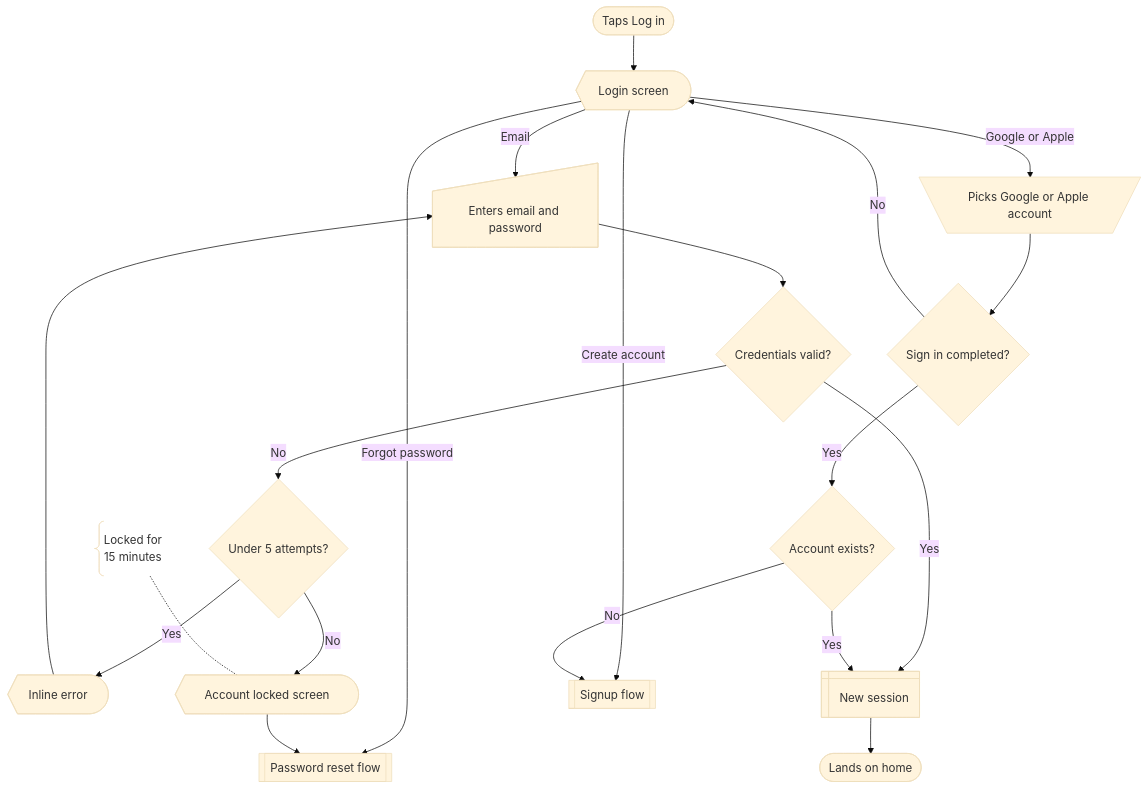
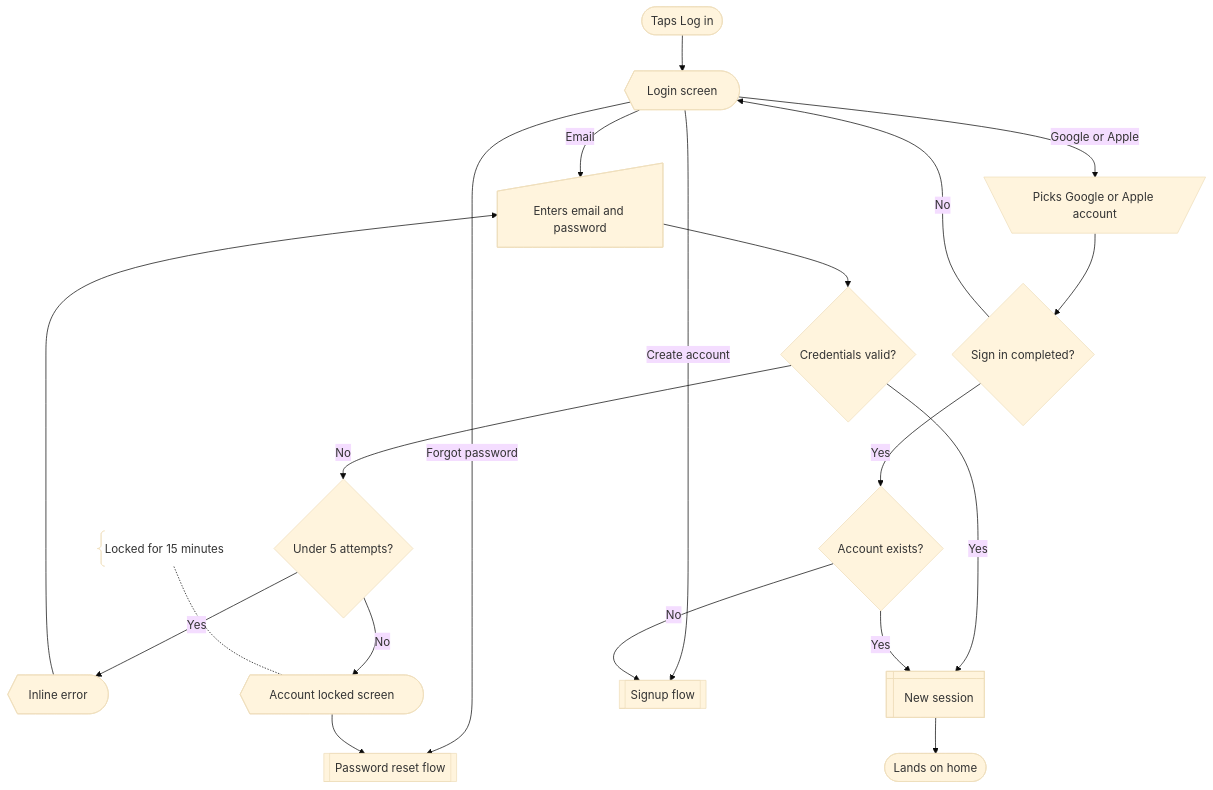
The fifth of 7 diagrams in references/flows.md (yoursharif/mermaid-userflow-diagram), drawn with Mermaid (base theme) before and after one commit. The commit also changed other lines of this file and 5 other files, not shown here.

````diff
--- a/references/flows.md
+++ b/references/flows.md
@@ -162,38 +162,38 @@
 ```mermaid
 flowchart TD
   startLogin@{ shape: stadium, label: "Taps Log in" }
   scrLogin@{ shape: curv-trap, label: "Login screen" }
   inCredentials@{ shape: sl-rect, label: "Enters email and password" }
   decValid@{ shape: diam, label: "Credentials valid?" }
   decAttempts@{ shape: diam, label: "Under 5 attempts?" }
   scrError@{ shape: curv-trap, label: "Inline error" }
   scrLocked@{ shape: curv-trap, label: "Account locked screen" }
-  noteLock@{ shape: brace, label: "Locked for<br>15 minutes" }
+  noteLock@{ shape: brace, label: "Locked for 15 minutes" }
   manSocial@{ shape: trap-t, label: "Picks Google or Apple account" }
   decSocialDone@{ shape: diam, label: "Sign in completed?" }
   decSocialKnown@{ shape: diam, label: "Account exists?" }
   memSession@{ shape: win-pane, label: "New session" }
   subReset@{ shape: fr-rect, label: "Password reset flow" }
   subSignup@{ shape: fr-rect, label: "Signup flow" }
   exitHome@{ shape: stadium, label: "Lands on home" }
 
   startLogin --> scrLogin
   scrLogin -->|Email| inCredentials
   scrLogin -->|Google or Apple| manSocial
   scrLogin -->|Forgot password| subReset
   scrLogin -->|Create account| subSignup
   inCredentials --> decValid
   decValid -->|Yes| memSession
   decValid -->|No| decAttempts
   decAttempts -->|Yes| scrError
   decAttempts -->|No| scrLocked
   scrError --> inCredentials
   scrLocked --> subReset
   noteLock -.- scrLocked
   manSocial --> decSocialDone
   decSocialDone -->|No| scrLogin
   decSocialDone -->|Yes| decSocialKnown
   decSocialKnown -->|Yes| memSession
   decSocialKnown -->|No| subSignup
   memSession --> exitHome
 ```
````
